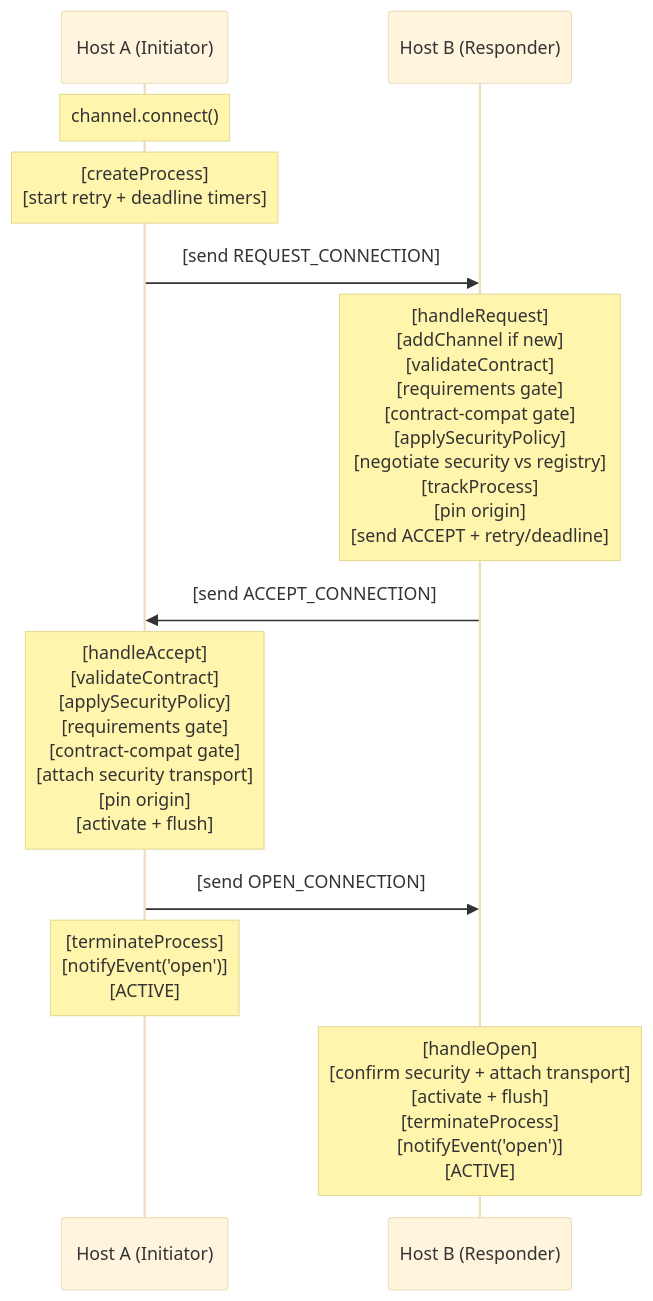
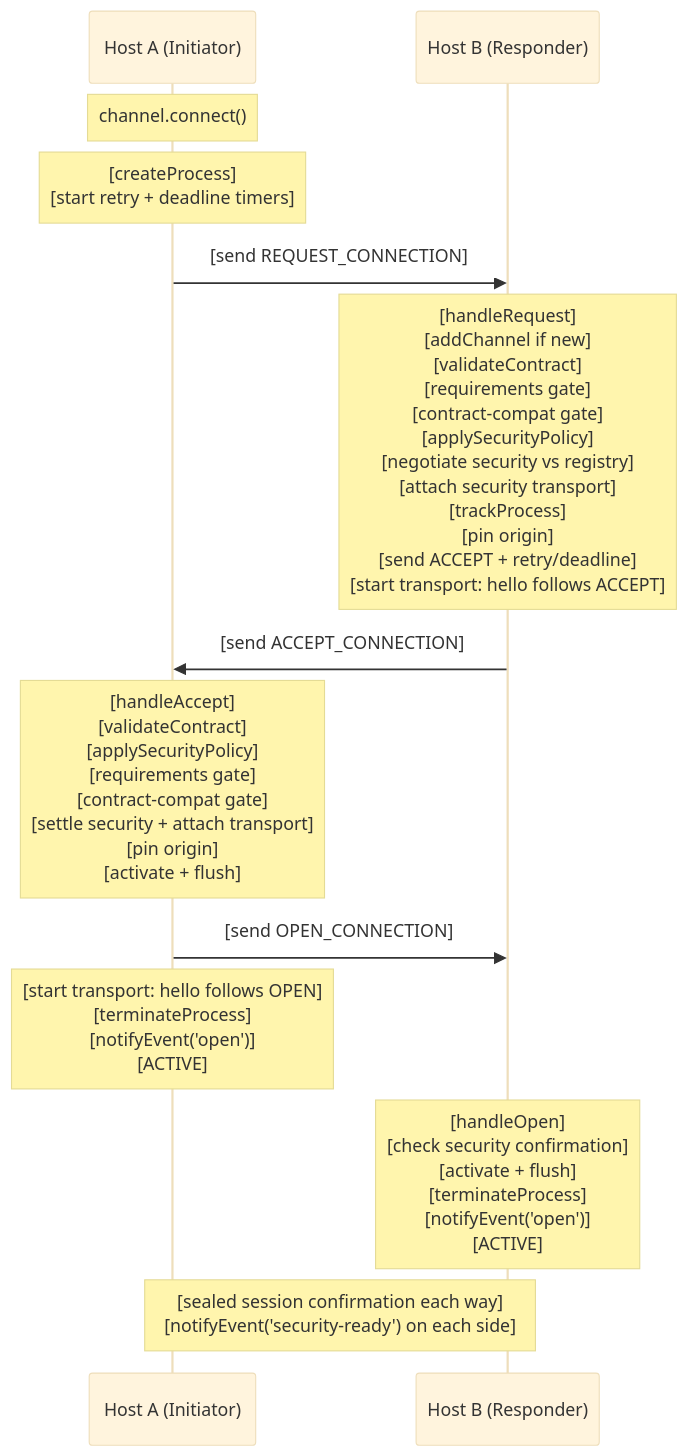
The third of 8 diagrams in libs/nexus/ARCHITECTURE.md (AndrewRedican/hyperfrontend), drawn with Mermaid before and after one commit. The commit also changed other lines of this file and 1 other file, not shown here.

Commit message:
docs(lib-nexus): describe the sealed session handshake and the security seam

````diff
--- a/libs/nexus/ARCHITECTURE.md
+++ b/libs/nexus/ARCHITECTURE.md
@@ -249,21 +252,22 @@
 ```mermaid
 ---
 config:
   theme: base
   themeVariables:
     fontSize: 12px
 ---
 sequenceDiagram
     participant HostA as Host A (Initiator)
     participant HostB as Host B (Responder)
 
     Note over HostA: channel.connect()
     Note over HostA: [createProcess]<br/>[start retry + deadline timers]
     HostA->>HostB: [send REQUEST_CONNECTION]
-    Note over HostB: [handleRequest]<br/>[addChannel if new]<br/>[validateContract]<br/>[requirements gate]<br/>[contract-compat gate]<br/>[applySecurityPolicy]<br/>[negotiate security vs registry]<br/>[trackProcess]<br/>[pin origin]<br/>[send ACCEPT + retry/deadline]
+    Note over HostB: [handleRequest]<br/>[addChannel if new]<br/>[validateContract]<br/>[requirements gate]<br/>[contract-compat gate]<br/>[applySecurityPolicy]<br/>[negotiate security vs registry]<br/>[attach security transport]<br/>[trackProcess]<br/>[pin origin]<br/>[send ACCEPT + retry/deadline]<br/>[start transport: hello follows ACCEPT]
     HostB->>HostA: [send ACCEPT_CONNECTION]
-    Note over HostA: [handleAccept]<br/>[validateContract]<br/>[applySecurityPolicy]<br/>[requirements gate]<br/>[contract-compat gate]<br/>[attach security transport]<br/>[pin origin]<br/>[activate + flush]
+    Note over HostA: [handleAccept]<br/>[validateContract]<br/>[applySecurityPolicy]<br/>[requirements gate]<br/>[contract-compat gate]<br/>[settle security + attach transport]<br/>[pin origin]<br/>[activate + flush]
     HostA->>HostB: [send OPEN_CONNECTION]
-    Note over HostA: [terminateProcess]<br/>[notifyEvent('open')]<br/>[ACTIVE]
-    Note over HostB: [handleOpen]<br/>[confirm security + attach transport]<br/>[activate + flush]<br/>[terminateProcess]<br/>[notifyEvent('open')]<br/>[ACTIVE]
+    Note over HostA: [start transport: hello follows OPEN]<br/>[terminateProcess]<br/>[notifyEvent('open')]<br/>[ACTIVE]
+    Note over HostB: [handleOpen]<br/>[check security confirmation]<br/>[activate + flush]<br/>[terminateProcess]<br/>[notifyEvent('open')]<br/>[ACTIVE]
+    Note over HostA,HostB: [sealed session confirmation each way]<br/>[notifyEvent('security-ready') on each side]
 ```
````
